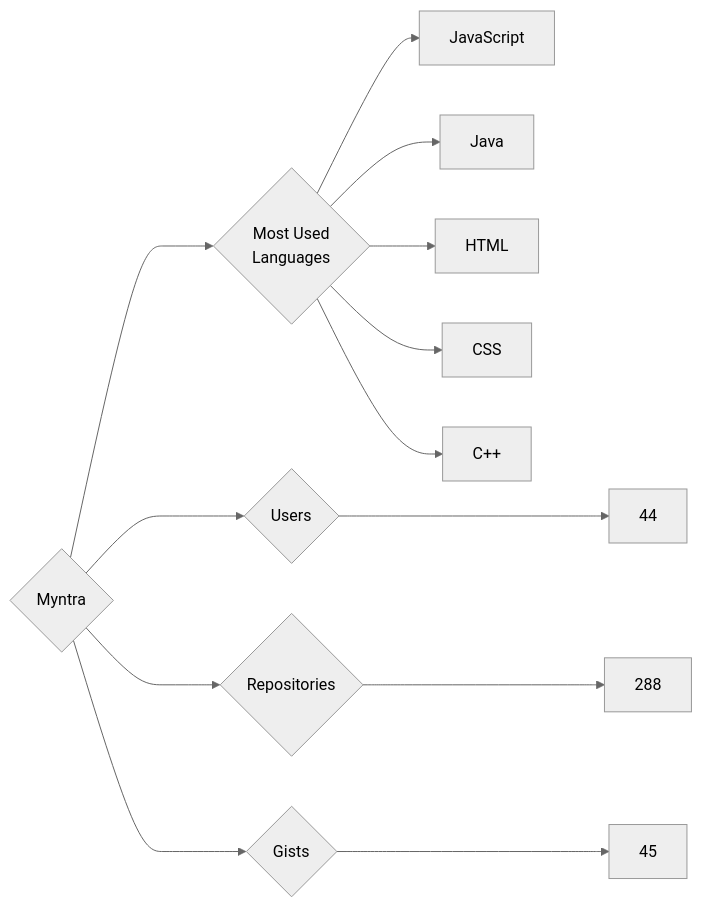
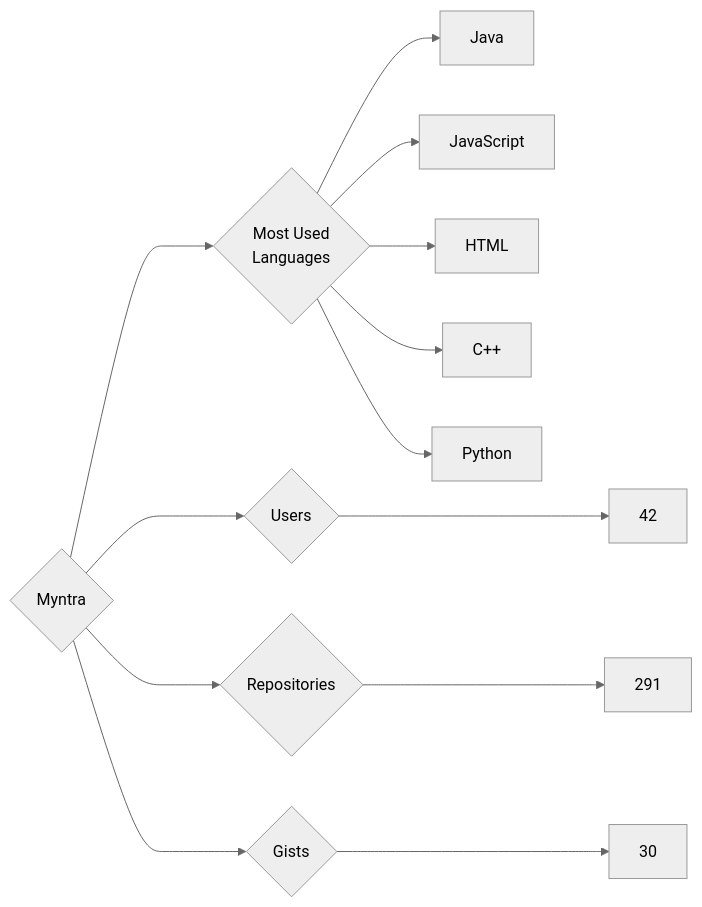
One commit to trickest/insiders changed the diagram in targets/Myntra/README.md. Above: the diagram before and after it, drawn with Mermaid (neutral theme). The commit also changed 1011 other files, not shown here.

````diff
--- a/targets/Myntra/README.md
+++ b/targets/Myntra/README.md
@@ -3,13 +3,13 @@
 ```mermaid
 graph LR
 COMPANY_NAME{Myntra}
-COMPANY_NAME ---> U{Users} ---> UN[44]
-COMPANY_NAME ---> R{Repositories} ---> RN[288]
-COMPANY_NAME ---> G{Gists} ---> GN[45]
+COMPANY_NAME ---> U{Users} ---> UN[42]
+COMPANY_NAME ---> R{Repositories} ---> RN[291]
+COMPANY_NAME ---> G{Gists} ---> GN[30]
 COMPANY_NAME ---> ML{Most Used<br>Languages}
+ML --> Java[Java]
 ML --> JavaScript[JavaScript]
-ML --> Java[Java]
 ML --> HTML[HTML]
-ML --> CSS[CSS]
 ML --> C++[C++]
+ML --> Python[Python]
 ```
````
